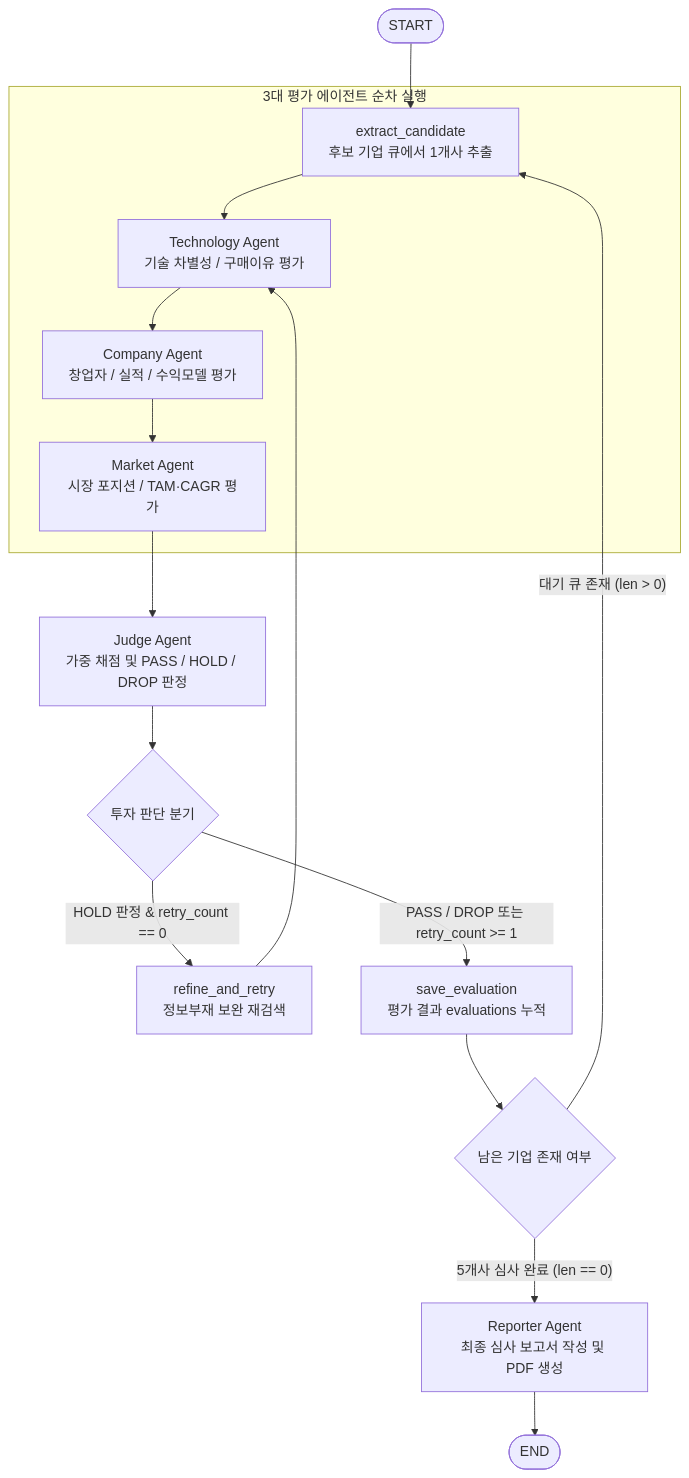
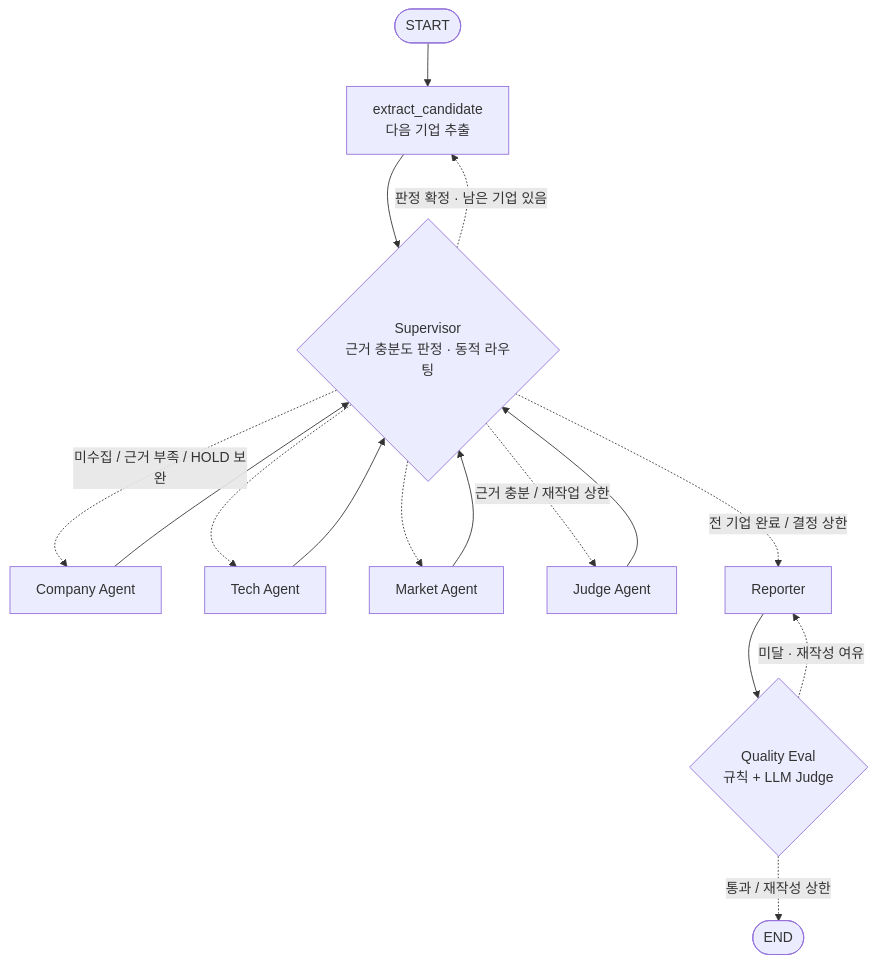
Before and after one commit to black4758/ai-startup-investment-agent: the diagram in README.md, drawn with Mermaid. The commit also changed other lines of this file and 2 other files, not shown here.

Commit message:
docs: Supervisor 패턴 기준 README 작성

````diff
--- a/README.md
+++ b/README.md
@@ -56,26 +83,18 @@
 ```mermaid
 graph TD
-    START([START]) --> EXTRACT[extract_candidate<br/>후보 기업 큐에서 1개사 추출]
-    
-    subgraph MultiAgent [3대 평가 에이전트 순차 실행]
-        EXTRACT --> TECH[Technology Agent<br/>기술 차별성 / 구매이유 평가]
-        TECH --> COMPANY[Company Agent<br/>창업자 / 실적 / 수익모델 평가]
-        COMPANY --> MARKET[Market Agent<br/>시장 포지션 / TAM·CAGR 평가]
-    end
-    
-    MARKET --> JUDGE[Judge Agent<br/>가중 채점 및 PASS / HOLD / DROP 판정]
-    
-    JUDGE --> ROUTE1{투자 판단 분기}
-    
-    ROUTE1 -- "HOLD 판정 & retry_count == 0" --> RETRY[refine_and_retry<br/>정보부재 보완 재검색]
-    RETRY --> TECH
-    
-    ROUTE1 -- "PASS / DROP 또는 retry_count >= 1" --> SAVE[save_evaluation<br/>평가 결과 evaluations 누적]
-    
-    SAVE --> ROUTE2{남은 기업 존재 여부}
-    
-    ROUTE2 -- "대기 큐 존재 (len > 0)" --> EXTRACT
-    ROUTE2 -- "5개사 심사 완료 (len == 0)" --> REPORTER[Reporter Agent<br/>최종 심사 보고서 작성 및 PDF 생성]
-    
-    REPORTER --> END([END])
+    START([START]) --> EX[extract_candidate<br/>다음 기업 추출]
+    EX --> SUP{Supervisor<br/>근거 충분도 판정 · 동적 라우팅}
+    SUP -.미수집 / 근거 부족 / HOLD 보완.-> C[Company Agent]
+    SUP -.-> T[Tech Agent]
+    SUP -.-> M[Market Agent]
+    SUP -.근거 충분 / 재작업 상한.-> J[Judge Agent]
+    C --> SUP
+    T --> SUP
+    M --> SUP
+    J --> SUP
+    SUP -.판정 확정 · 남은 기업 있음.-> EX
+    SUP -.전 기업 완료 / 결정 상한.-> R[Reporter]
+    R --> Q{Quality Eval<br/>규칙 + LLM Judge}
+    Q -.미달 · 재작성 여유.-> R
+    Q -.통과 / 재작성 상한.-> END([END])
 ```
````
